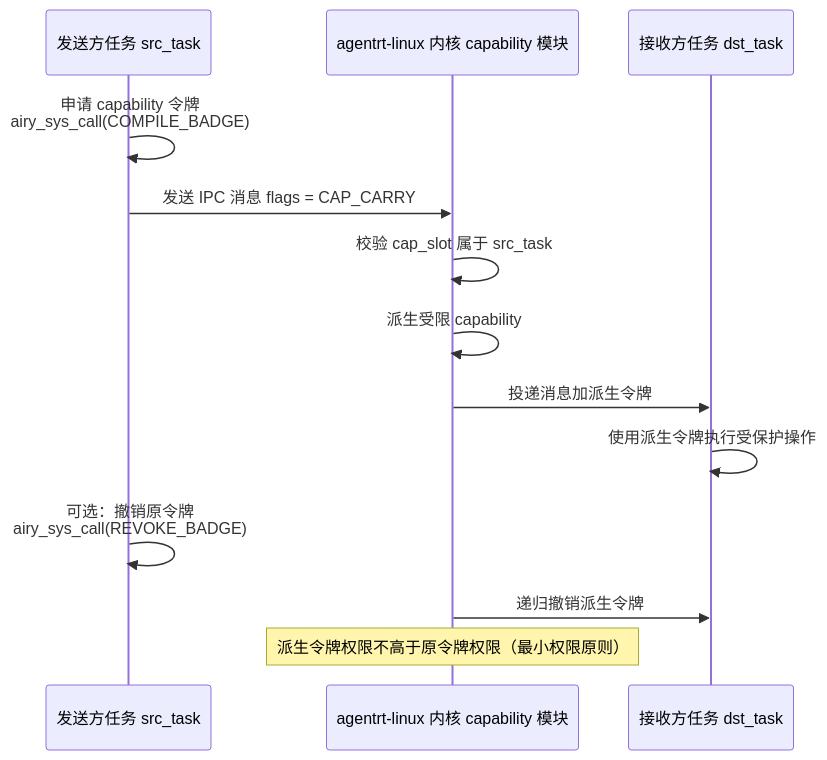
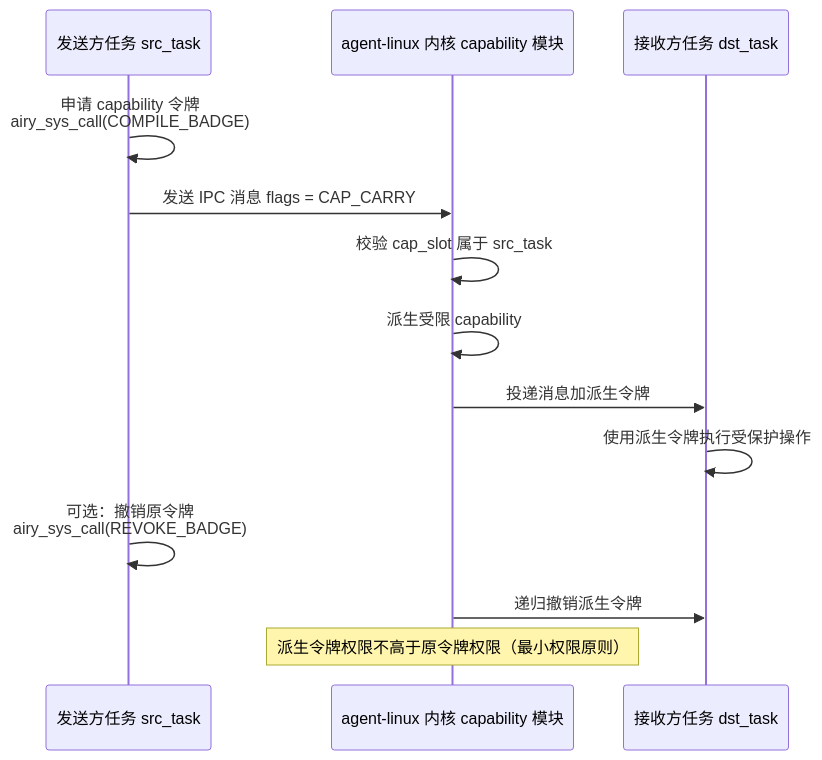
The second of 6 diagrams in 50-engineering-standards/20-contracts/contracts.md (openairymax/docs-linux), drawn with Mermaid before and after one commit. The commit also changed other lines of this file and 172 other files, not shown here.

Commit message:
docs: rename agentrt-linux to agent-linux across docs v0.1.3 双工程结构：agentrt-linux 改名 agent-linux。docs 全仓 186 个 文件中的 agentrt-linux 引用统一为 agent-linux（AirymaxOS 工程名/ URL/路径引用；commit hash 与历史不变）。

````diff
--- a/50-engineering-standards/20-contracts/contracts.md
+++ b/50-engineering-standards/20-contracts/contracts.md
@@ -233,17 +233,17 @@
 ```mermaid
 sequenceDiagram
     participant S as 发送方任务 src_task
-    participant K as agentrt-linux 内核 capability 模块
+    participant K as agent-linux 内核 capability 模块
     participant R as 接收方任务 dst_task
 
     S->>S: 申请 capability 令牌<br/>airy_sys_call(COMPILE_BADGE)
     S->>K: 发送 IPC 消息 flags = CAP_CARRY
     K->>K: 校验 cap_slot 属于 src_task
     K->>K: 派生受限 capability
     K->>R: 投递消息加派生令牌
     R->>R: 使用派生令牌执行受保护操作
     S->>S: 可选：撤销原令牌<br/>airy_sys_call(REVOKE_BADGE)
     K->>R: 递归撤销派生令牌
 
     Note over K: 派生令牌权限不高于原令牌权限（最小权限原则）
 ```
````
